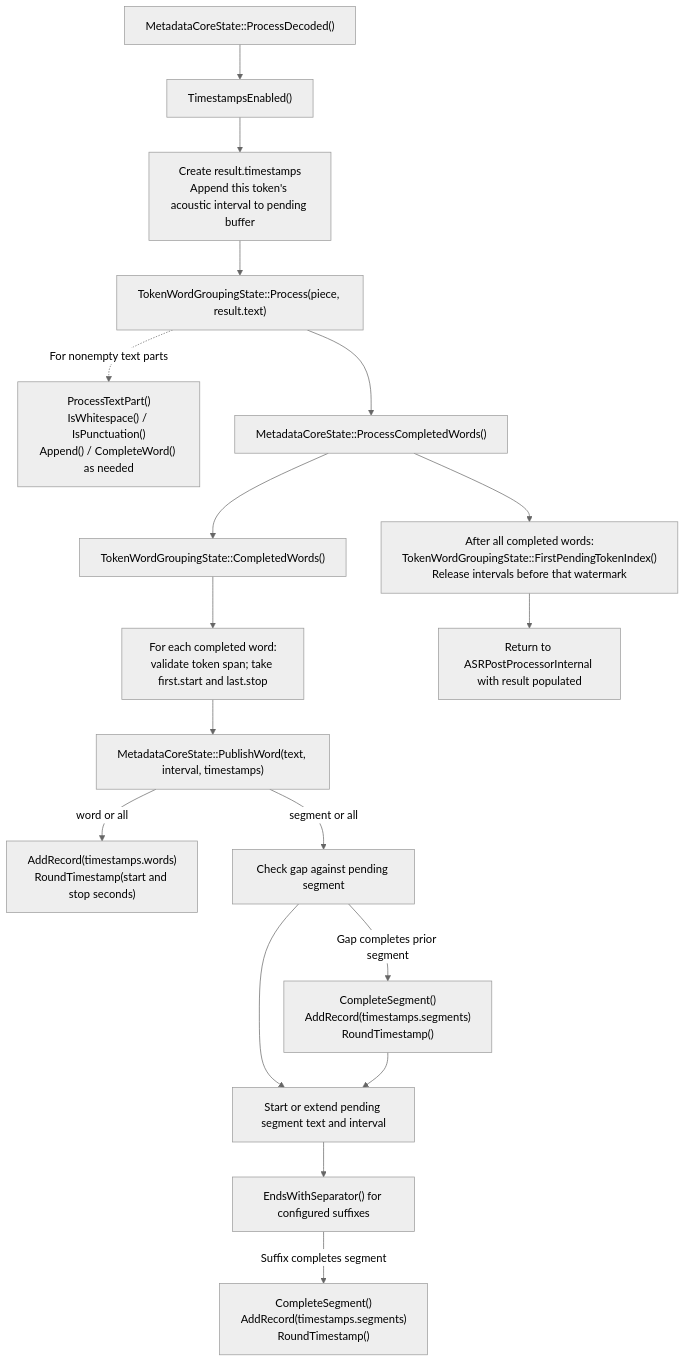
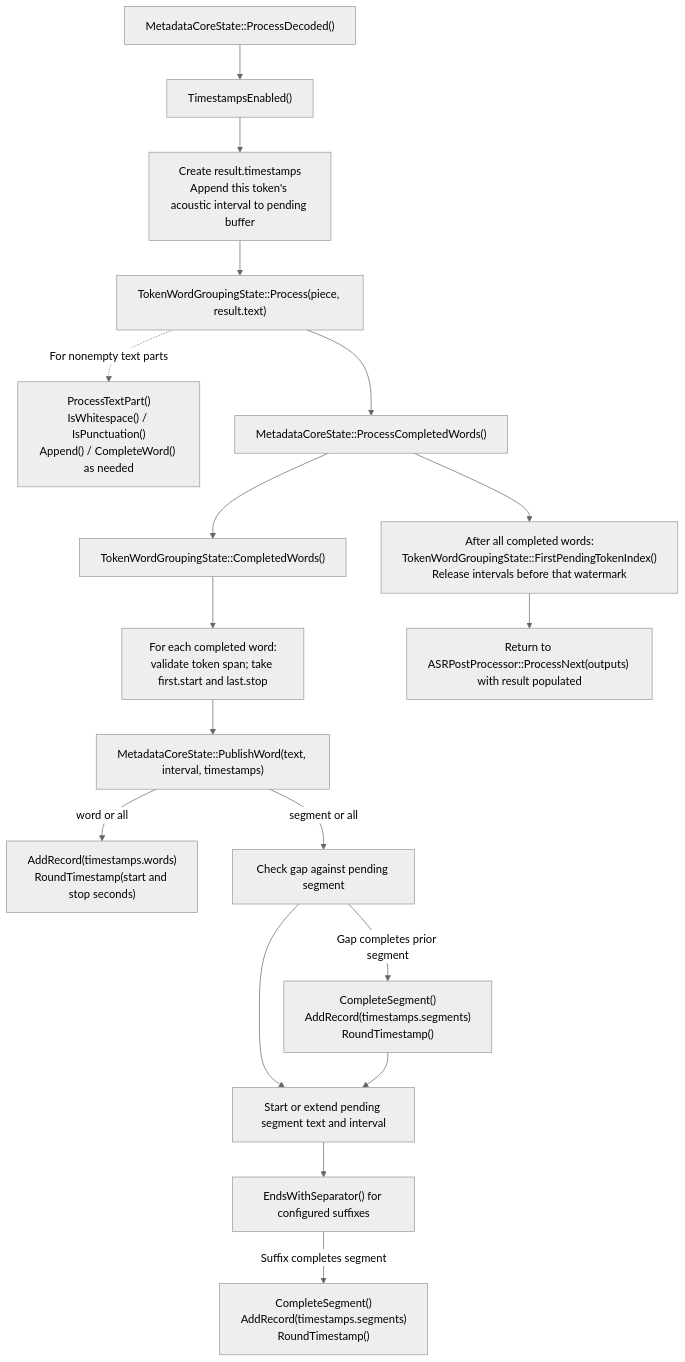
The first of 2 diagrams in docs/metadata_decode.md (microsoft/onnxruntime-genai), drawn with Mermaid (neutral theme) before and after one commit. The commit also changed other lines of this file and 6 other files, not shown here.

First line of the commit message:
Consolidate ASR postprocessing into a private ProcessNext overload

````diff
--- a/docs/metadata_decode.md
+++ b/docs/metadata_decode.md
@@ -158,20 +159,20 @@
 ```mermaid
 flowchart TD
   decoded["MetadataCoreState::ProcessDecoded()"] --> enabled["TimestampsEnabled()"]
   enabled --> retain["Create result.timestamps<br/>Append this token's acoustic interval to pending buffer"]
   retain --> group["TokenWordGroupingState::Process(piece, result.text)"]
   group -.->|For nonempty text parts| parts["ProcessTextPart()<br/>IsWhitespace() / IsPunctuation()<br/>Append() / CompleteWord() as needed"]
   group --> completed["MetadataCoreState::ProcessCompletedWords()"]
   completed --> words["TokenWordGroupingState::CompletedWords()"]
   words --> align["For each completed word:<br/>validate token span; take first.start and last.stop"]
   align --> publish["MetadataCoreState::PublishWord(text, interval, timestamps)"]
   publish -->|word or all| word["AddRecord(timestamps.words)<br/>RoundTimestamp(start and stop seconds)"]
   publish -->|segment or all| gap["Check gap against pending segment"]
   gap -->|Gap completes prior segment| prior["CompleteSegment()<br/>AddRecord(timestamps.segments)<br/>RoundTimestamp()"]
   gap --> pending["Start or extend pending segment text and interval"]
   prior --> pending
   pending --> separator["EndsWithSeparator() for configured suffixes"]
   separator -->|Suffix completes segment| finish["CompleteSegment()<br/>AddRecord(timestamps.segments)<br/>RoundTimestamp()"]
   completed --> release["After all completed words:<br/>TokenWordGroupingState::FirstPendingTokenIndex()<br/>Release intervals before that watermark"]
-  release --> returned["Return to ASRPostProcessorInternal with result populated"]
+  release --> returned["Return to ASRPostProcessor::ProcessNext(outputs) with result populated"]
 ```
````
